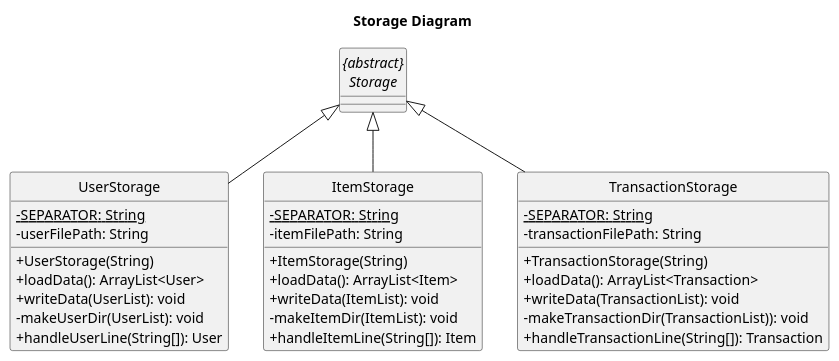
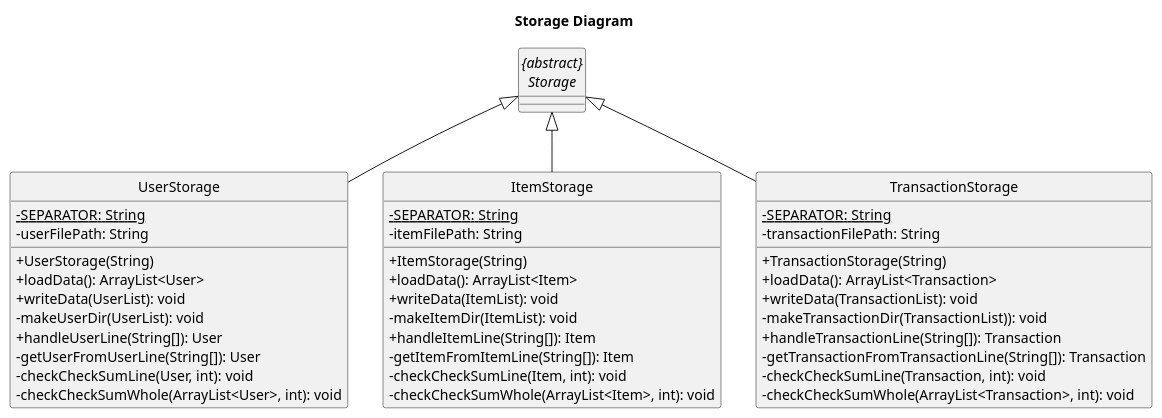
The diagram in docs/diagrams/storage/StorageClass.puml (nus-cs2113-AY2223S1/tp), drawn with PlantUML before and after one commit. The commit also changed 23 other files, not shown here.

```diff
--- a/docs/diagrams/storage/StorageClass.puml
+++ b/docs/diagrams/storage/StorageClass.puml
@@ -1,43 +1,52 @@
 @startuml
 title Storage Diagram
 
 skinparam classAttributeIconSize 0
 hide footbox
 hide circle
 
 abstract class "{abstract}\nStorage"
 
 class UserStorage {
     {static} - SEPARATOR: String
     - userFilePath: String
     + UserStorage(String)
     + loadData(): ArrayList<User>
     + writeData(UserList): void
     - makeUserDir(UserList): void
     + handleUserLine(String[]): User
+    - getUserFromUserLine(String[]): User
+    - checkCheckSumLine(User, int): void
+    - checkCheckSumWhole(ArrayList<User>, int): void
 }
 
 class ItemStorage {
     {static} - SEPARATOR: String
     - itemFilePath: String
     + ItemStorage(String)
     + loadData(): ArrayList<Item>
     + writeData(ItemList): void
     - makeItemDir(ItemList): void
     + handleItemLine(String[]): Item
+    - getItemFromItemLine(String[]): Item
+    - checkCheckSumLine(Item, int): void
+    - checkCheckSumWhole(ArrayList<Item>, int): void
 }
 
 class TransactionStorage {
     {static} - SEPARATOR: String
     - transactionFilePath: String
     + TransactionStorage(String)
     + loadData(): ArrayList<Transaction>
     + writeData(TransactionList): void
     - makeTransactionDir(TransactionList)): void
     + handleTransactionLine(String[]): Transaction
+    - getTransactionFromTransactionLine(String[]): Transaction
+    - checkCheckSumLine(Transaction, int): void
+    - checkCheckSumWhole(ArrayList<Transaction>, int): void
 }
 
 "{abstract}\nStorage" <|-- UserStorage
 "{abstract}\nStorage" <|-- ItemStorage
 "{abstract}\nStorage" <|-- TransactionStorage
 @enduml
```
